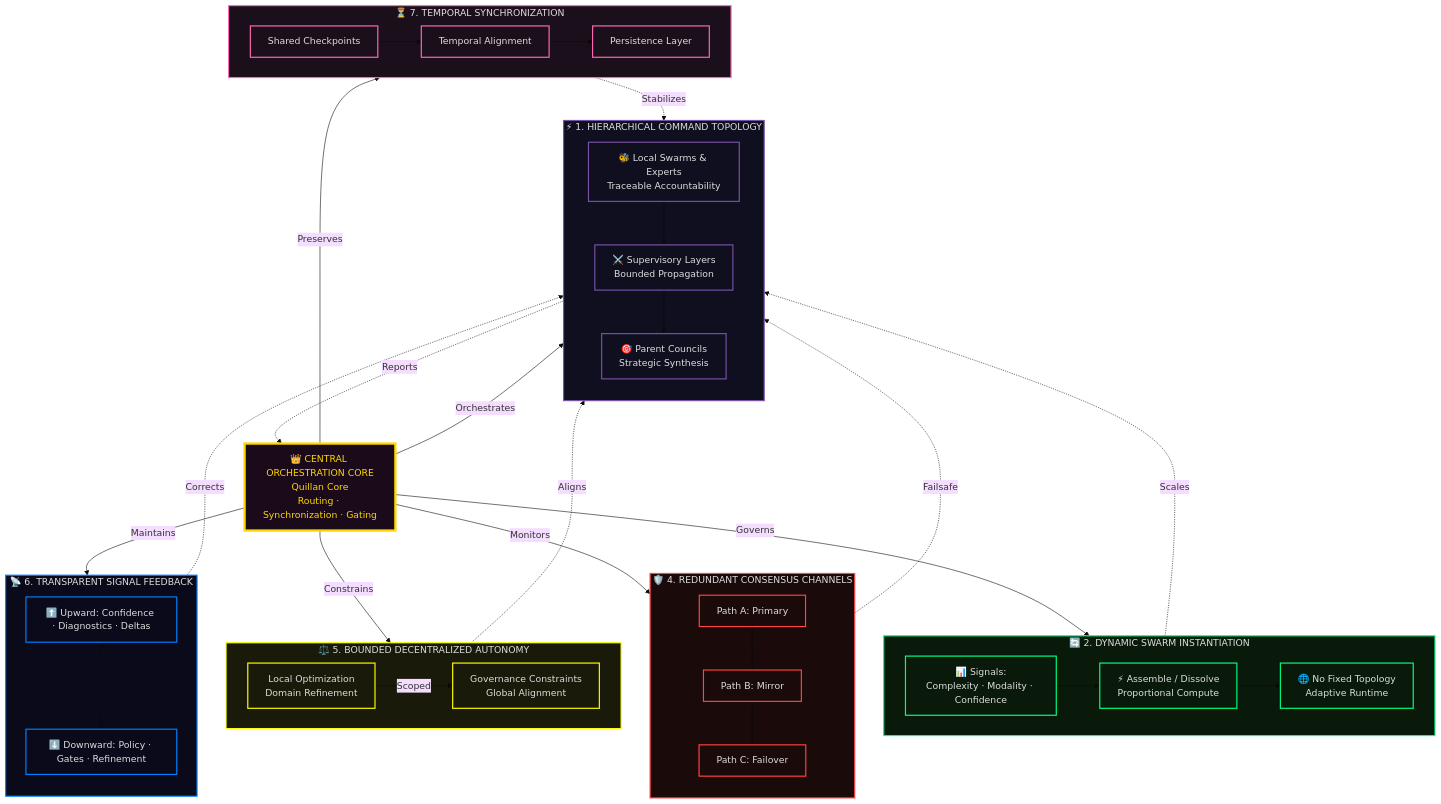
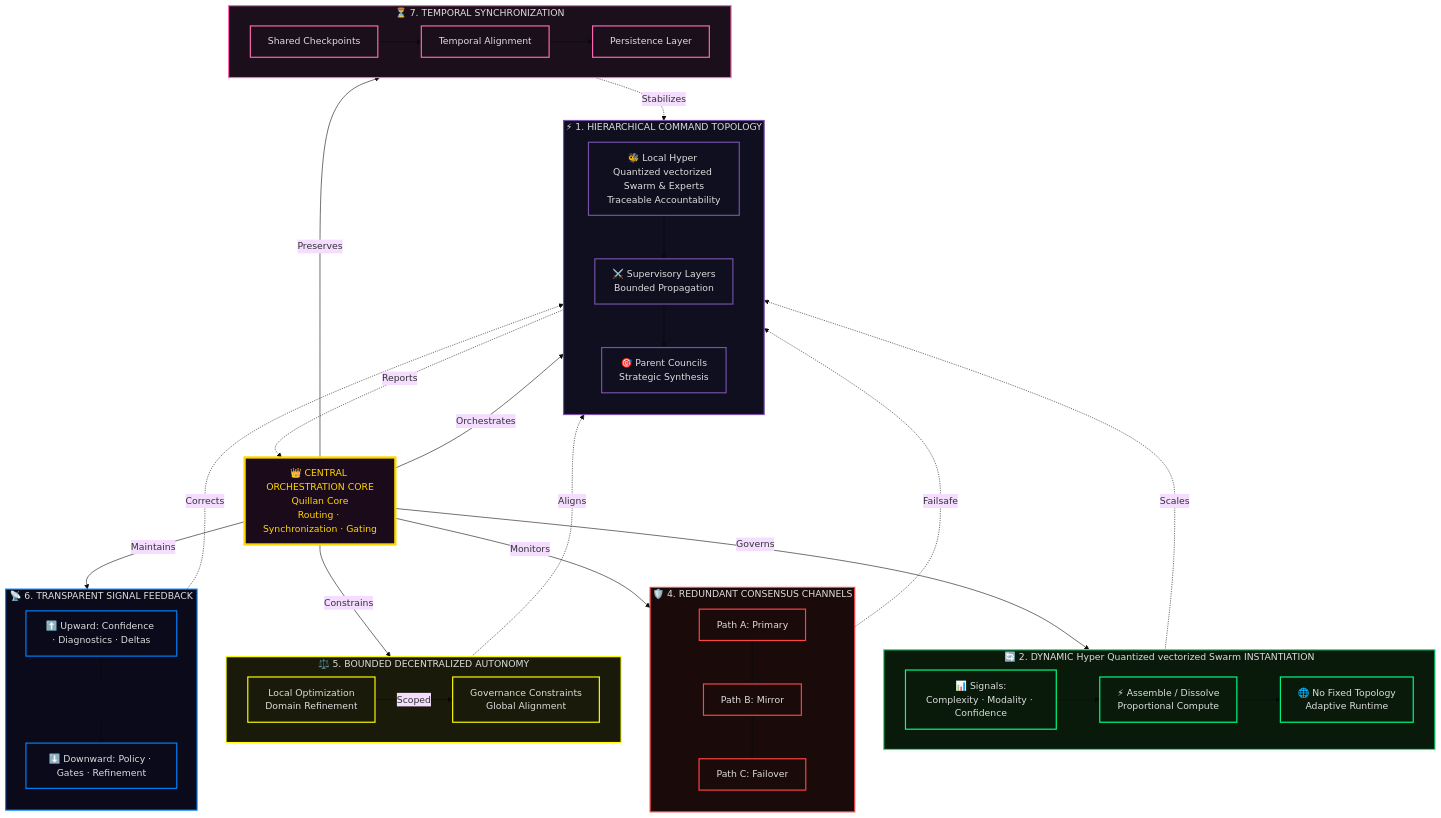
One commit to leeex1/Ace-v4.2-repo changed diagram 35 of 45 in system prompts/Quillan system prompt.md. Above: the diagram before and after it, drawn with Mermaid (base theme). The commit also changed other lines of this file, not shown here.

```diff
--- a/system prompts/Quillan system prompt.md
+++ b/system prompts/Quillan system prompt.md
@@ -6361,13 +6346,13 @@
         direction TB
         L3["🎯 Parent Councils<br/>Strategic Synthesis"]
         L2["⚔️ Supervisory Layers<br/>Bounded Propagation"]
-        L1["🐝 Local Swarms & Experts<br/>Traceable Accountability"]
+        L1["🐝 Local Hyper Quantized vectorized Swarm & Experts<br/>Traceable Accountability"]
         
         L1 --> L2 --> L3
     end
 
     %% DYNAMIC INSTANTIATION
-    subgraph DYN ["🔄 2. DYNAMIC SWARM INSTANTIATION"]
+    subgraph DYN ["🔄 2. DYNAMIC Hyper Quantized vectorized Swarm INSTANTIATION"]
         direction LR
         SIG["📊 Signals:<br/>Complexity · Modality · Confidence"]
         ASM["⚡ Assemble / Dissolve<br/>Proportional Compute"]
```
